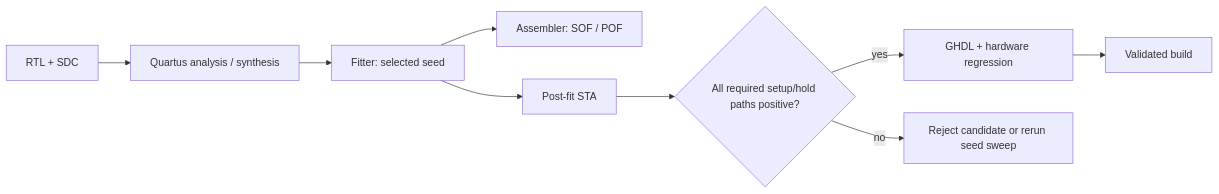
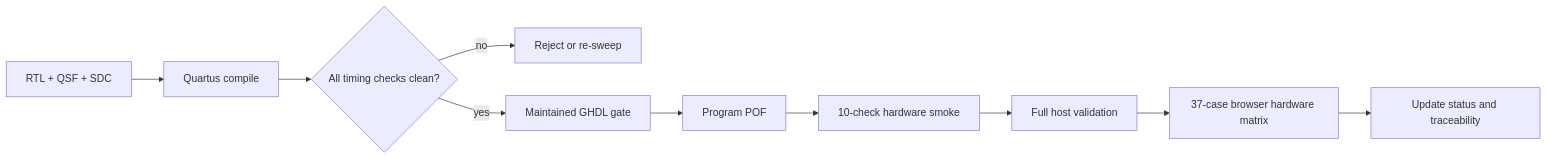
One commit to frsr0/MAX1000-Logic-Analyzer changed the diagram in docs/wiki/hdl/build-flow.md. Above: the diagram before and after it, drawn with Mermaid. The commit also changed other lines of this file and 39 other files, not shown here.

````diff
--- a/docs/wiki/hdl/build-flow.md
+++ b/docs/wiki/hdl/build-flow.md
@@ -108,11 +105,12 @@
 ```mermaid
 flowchart LR
-    RTL["RTL + SDC"] --> SYN["Quartus analysis / synthesis"]
-    SYN --> FIT["Fitter: selected seed"]
-    FIT --> ASM["Assembler: SOF / POF"]
-    FIT --> STA["Post-fit STA"]
-    STA --> GATE{"All required setup/hold paths positive?"}
-    GATE -->|"yes"| TEST["GHDL + hardware regression"]
-    GATE -->|"no"| CHANGE["Reject candidate or rerun seed sweep"]
-    TEST --> SIGNOFF["Validated build"]
+    RTL[RTL + QSF + SDC] --> BUILD[Quartus compile]
+    BUILD --> STA{All timing checks clean?}
+    STA -->|no| REJECT[Reject or re-sweep]
+    STA -->|yes| SIM[Maintained GHDL gate]
+    SIM --> PROGRAM[Program POF]
+    PROGRAM --> SMOKE[10-check hardware smoke]
+    SMOKE --> FULL[Full host validation]
+    FULL --> UI[37-case browser hardware matrix]
+    UI --> SIGNOFF[Update status and traceability]
 ```
````
